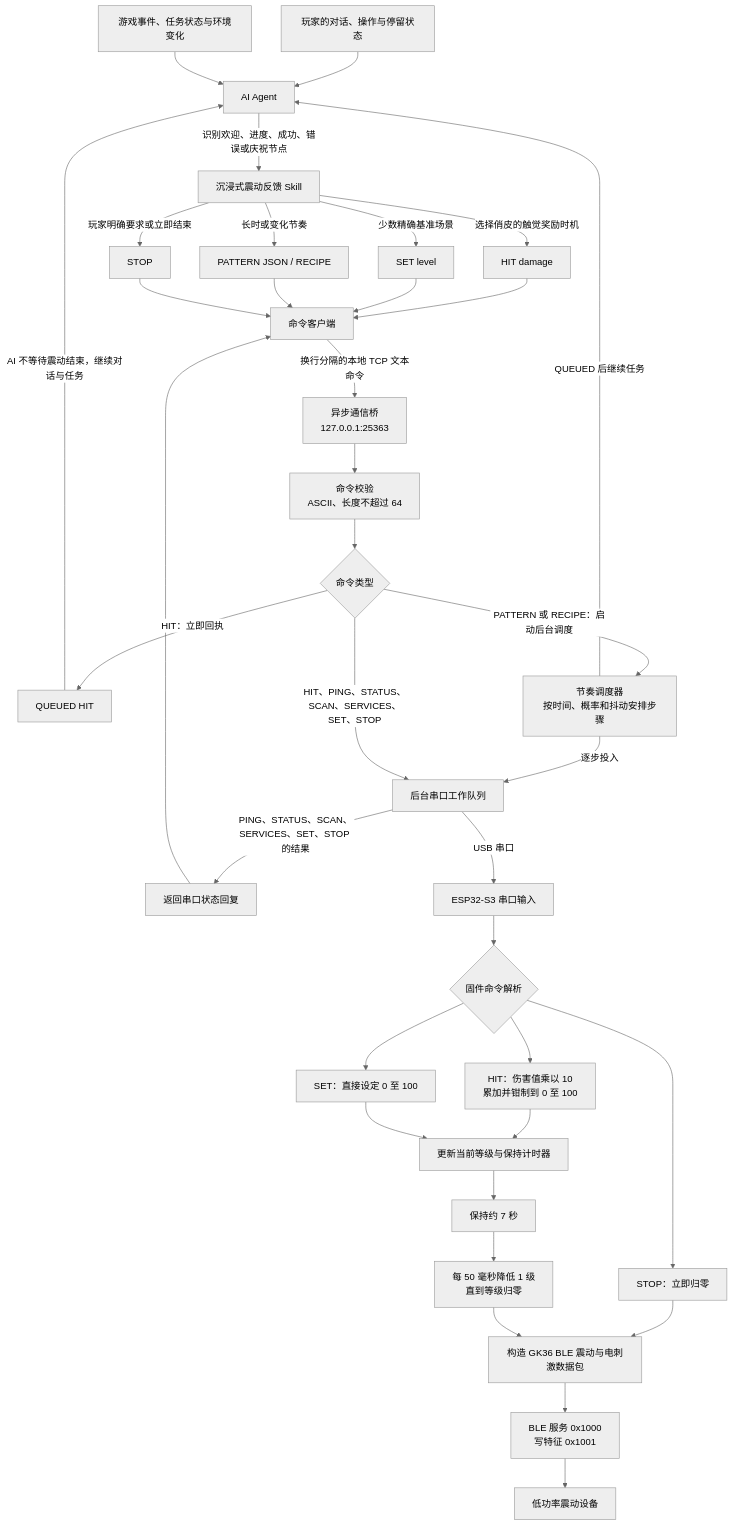
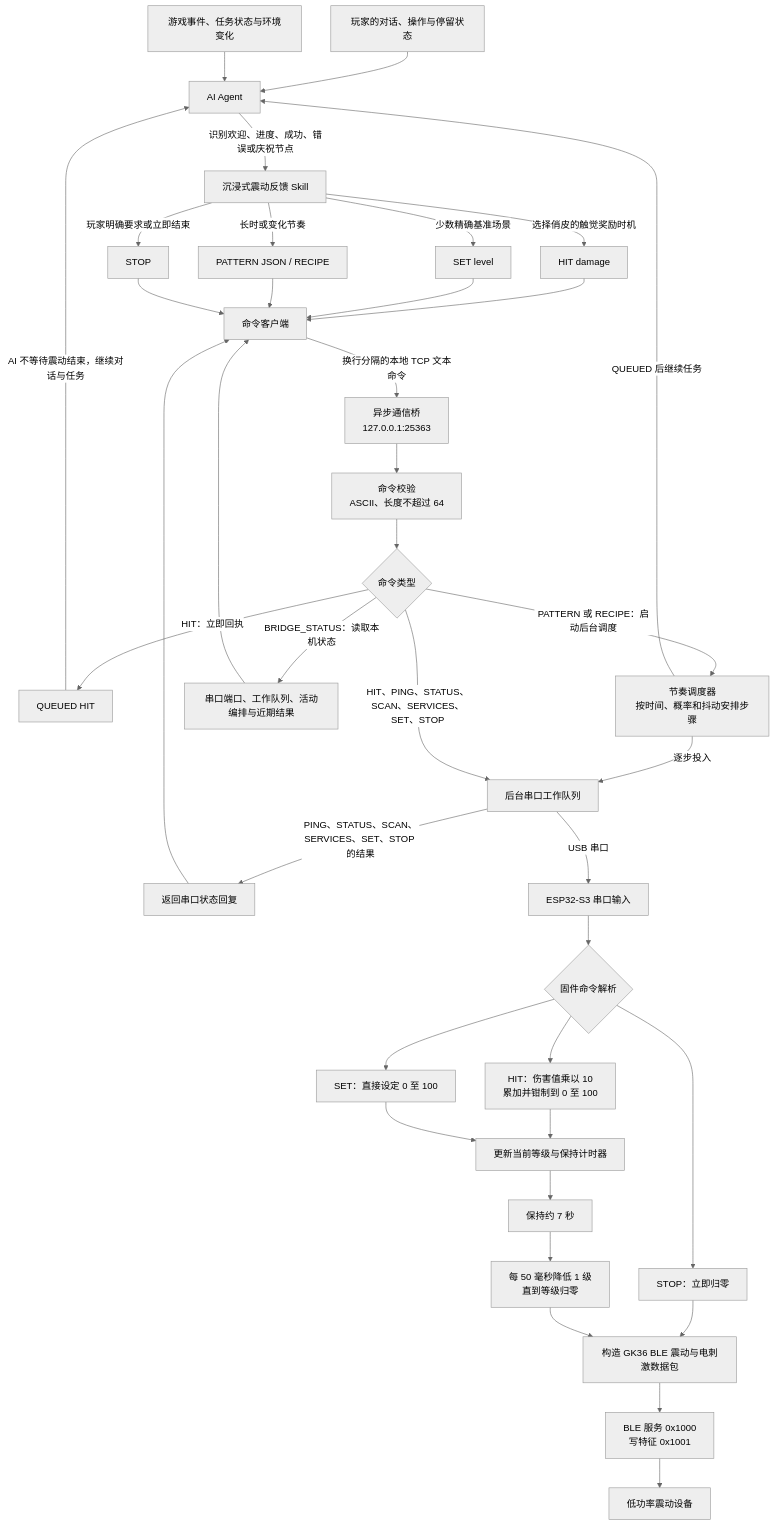
Before and after one commit to ra1nyxin/immersive-vibration-response-skill: the diagram in README.md, drawn with Mermaid (neutral theme). The commit also changed other lines of this file and 5 other files, not shown here.

````diff
--- a/README.md
+++ b/README.md
@@ -11,38 +11,40 @@
 ```mermaid
 flowchart TD
     P[玩家的对话、操作与停留状态] --> A[AI Agent]
     G[游戏事件、任务状态与环境变化] --> A
     A -->|识别欢迎、进度、成功、错误或庆祝节点| S[沉浸式震动反馈 Skill]
     S -->|选择俏皮的触觉奖励时机| H[HIT damage]
     S -->|少数精确基准场景| T[SET level]
     S -->|长时或变化节奏| PT[PATTERN JSON / RECIPE]
     S -->|玩家明确要求或立即结束| X[STOP]
     H --> C[命令客户端]
     T --> C
     PT --> C
     X --> C
     C -->|换行分隔的本地 TCP 文本命令| B[异步通信桥\n127.0.0.1:25363]
     B --> V[命令校验\nASCII、长度不超过 64]
     V --> Q{命令类型}
     Q -->|HIT：立即回执| R[QUEUED HIT]
     R -->|AI 不等待震动结束，继续对话与任务| A
     Q -->|PATTERN 或 RECIPE：启动后台调度| PS[节奏调度器\n按时间、概率和抖动安排步骤]
+    Q -->|BRIDGE_STATUS：读取本机状态| BS[串口端口、工作队列、活动编排与近期结果]
+    BS --> C
     PS -->|QUEUED 后继续任务| A
     PS -->|逐步投入| W[后台串口工作队列]
     Q -->|HIT、PING、STATUS、SCAN、SERVICES、SET、STOP| W
     W -->|PING、STATUS、SCAN、SERVICES、SET、STOP 的结果| K[返回串口状态回复]
     K --> C
     W -->|USB 串口| U[ESP32-S3 串口输入]
     U --> F{固件命令解析}
     F --> M1[HIT：伤害值乘以 10\n累加并钳制到 0 至 100]
     F --> M2[SET：直接设定 0 至 100]
     F --> M3[STOP：立即归零]
     M1 --> Y[更新当前等级与保持计时器]
     M2 --> Y
     M3 --> J[构造 GK36 BLE 震动与电刺激数据包]
     Y --> Z[保持约 7 秒]
     Z --> D[每 50 毫秒降低 1 级\n直到等级归零]
     D --> J
     J --> N[BLE 服务 0x1000\n写特征 0x1001]
     N --> O[低功率震动设备]
 ```
````
